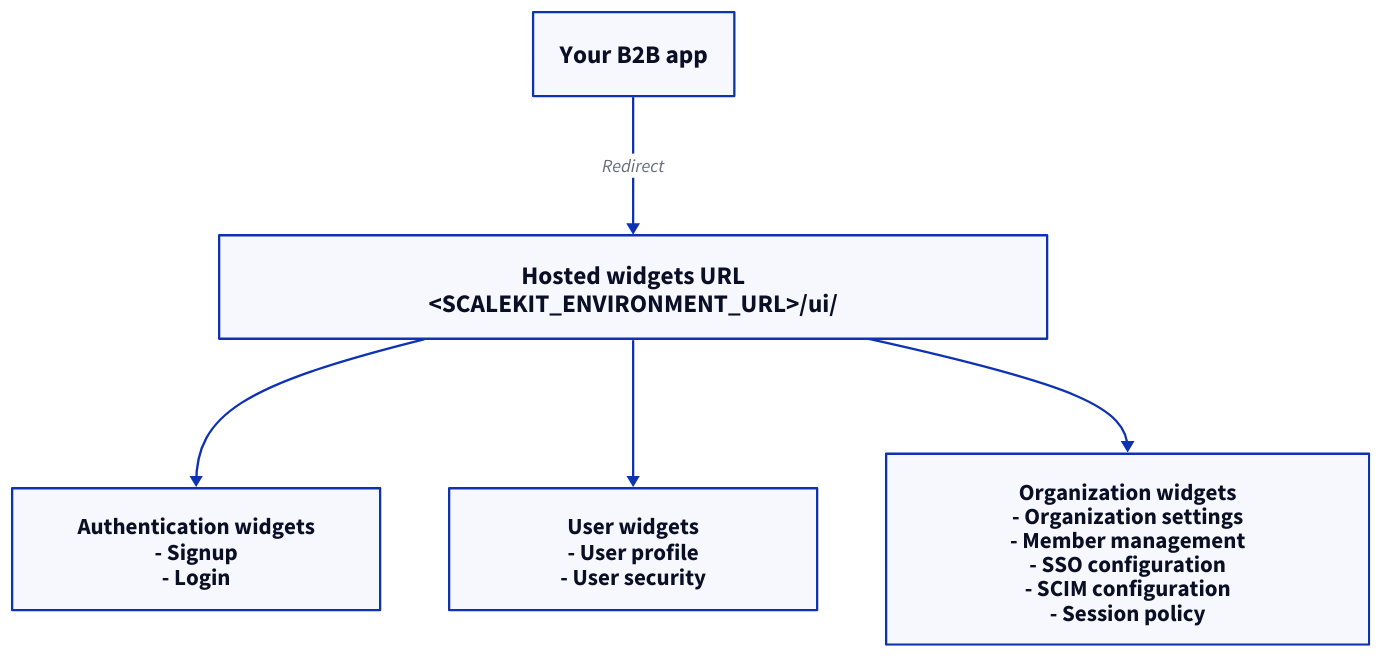
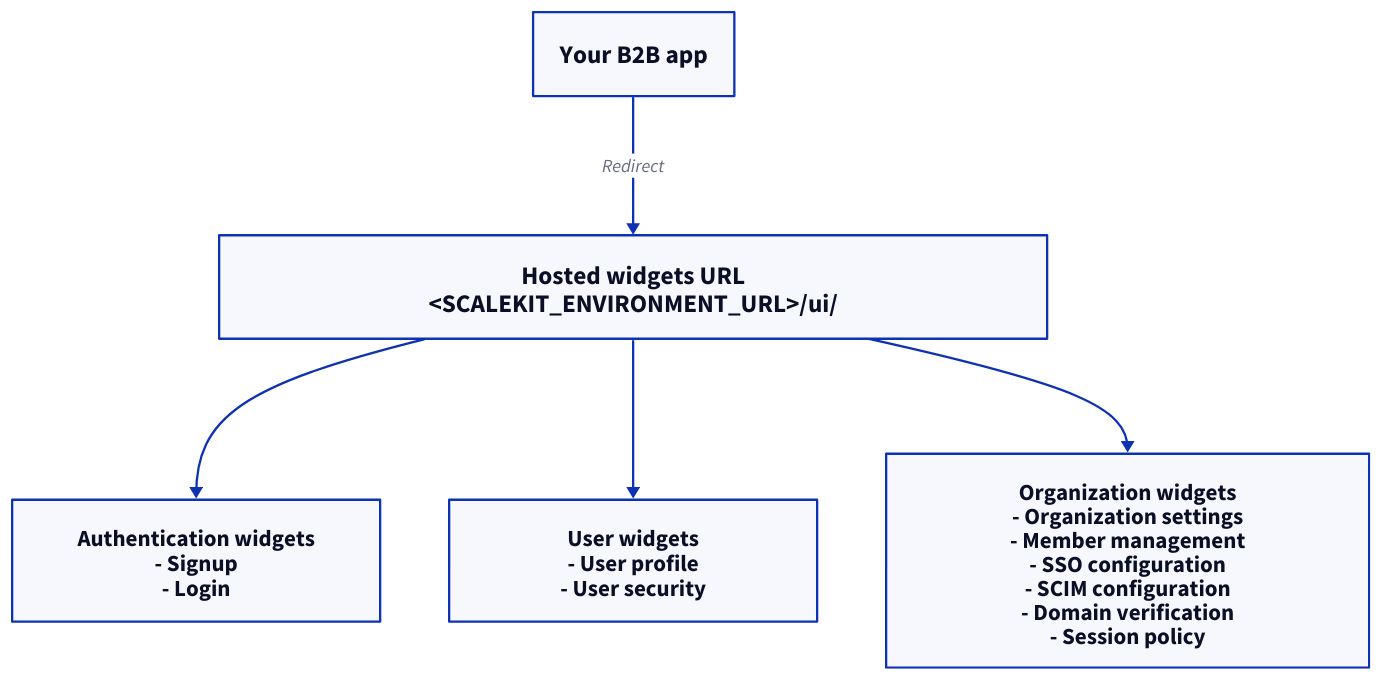
Before and after one commit to scalekit-inc/developer-docs: the diagram in src/content/docs/authenticate/manage-users-orgs/hosted-widgets.mdx, drawn with D2. The commit also changed other lines of this file and 15 other files, not shown here.

First line of the commit message:
Domain-verification: add Organization domains page and cross-links (#725)

````diff
--- a/src/content/docs/authenticate/manage-users-orgs/hosted-widgets.mdx
+++ b/src/content/docs/authenticate/manage-users-orgs/hosted-widgets.mdx
@@ -23,32 +23,32 @@
 ```d2 pad=56 layout=elk
 direction: down
 
 your_app: "Your B2B app" {
   style.font-size: 22
 }
 
 hosted: "Hosted widgets URL\n<SCALEKIT_ENVIRONMENT_URL>/ui/" {
   style.font-size: 22
   width: 720
 }
 
 auth_widgets: "Authentication widgets\n- Signup\n- Login" {
   style.font-size: 20
   width: 320
 }
 
 user_widgets: "User widgets\n- User profile\n- User security" {
   style.font-size: 20
   width: 320
 }
 
-org_widgets: "Organization widgets\n- Organization settings\n- Member management\n- SSO configuration\n- SCIM configuration\n- Session policy" {
+org_widgets: "Organization widgets\n- Organization settings\n- Member management\n- SSO configuration\n- SCIM configuration\n- Domain verification\n- Session policy" {
   style.font-size: 20
   width: 420
 }
 
 your_app -> hosted: "Redirect"
 hosted -> auth_widgets
 hosted -> user_widgets
 hosted -> org_widgets
 ```
````
